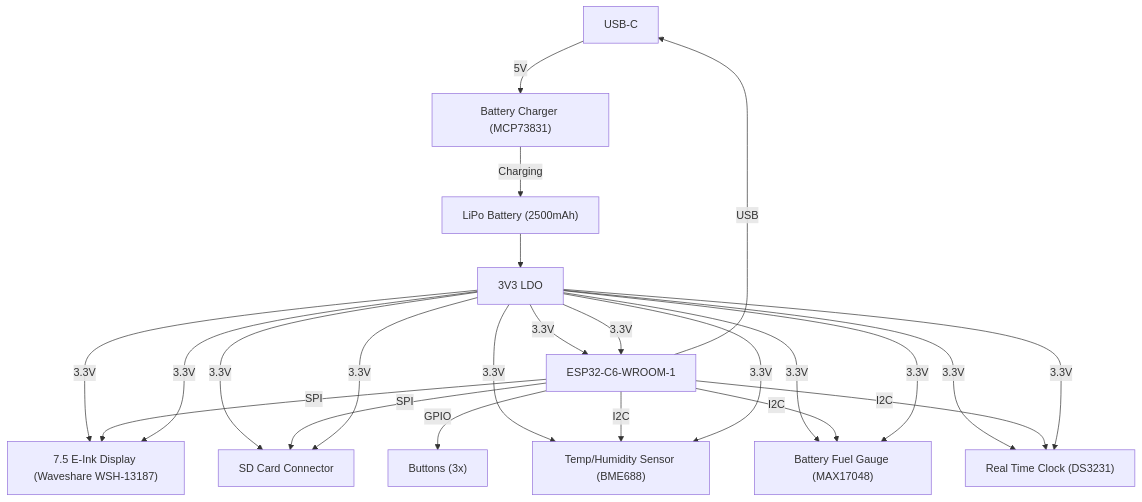
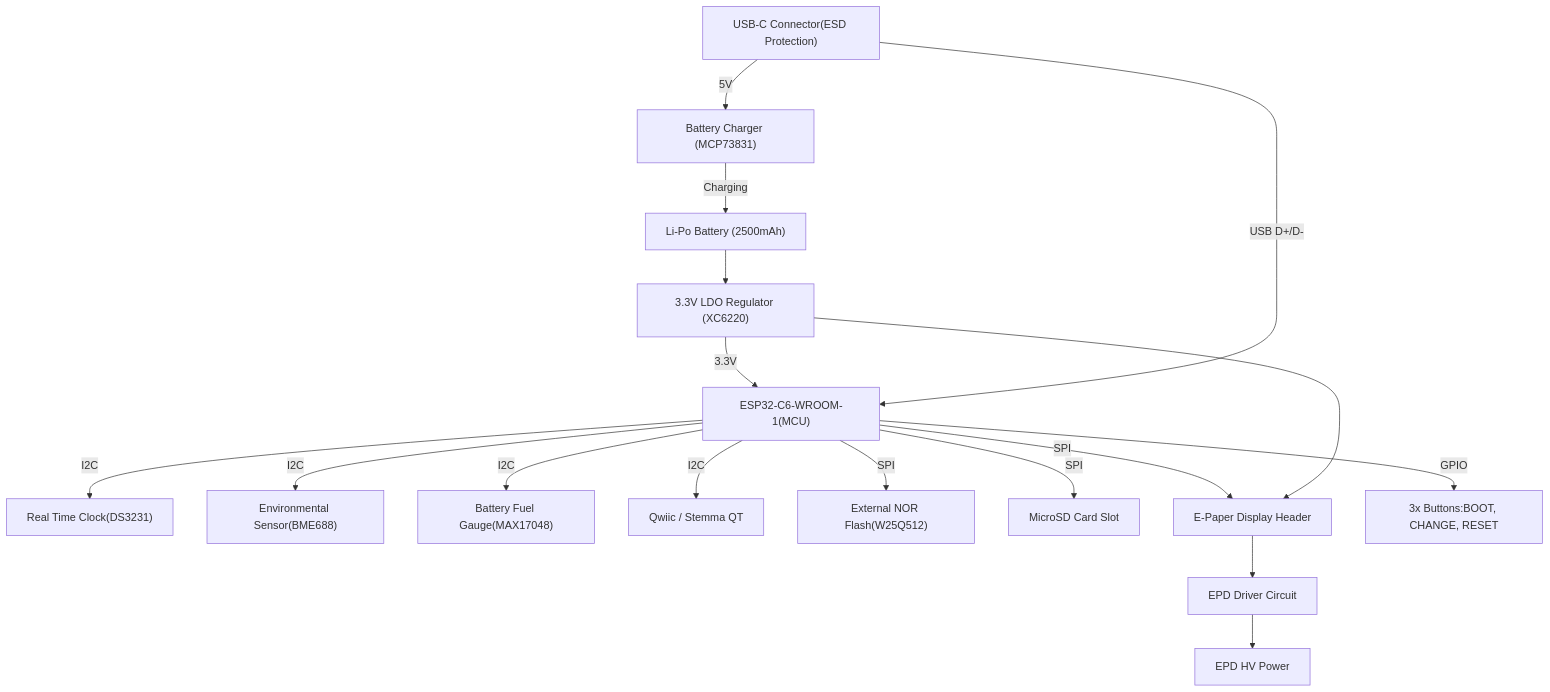
The diagram in README.md (rusucarla/OpenBook-TSC-2025), drawn with Mermaid before and after one commit. The commit also changed other lines of this file, not shown here.

Commit message:
Update README.md with suggestions from issue

````diff
--- a/README.md
+++ b/README.md
@@ -5,30 +5,26 @@
 ```mermaid
-flowchart TB
-  USB-C -->|5V| Charger["Battery Charger (MCP73831)"]
-  Charger -->|Charging| LiPo["LiPo Battery (2500mAh)"]
-  LiPo --> LDO["3V3 LDO"]
-  
-  ESP32["ESP32-C6-WROOM-1"]
-  
-  LDO -->|3.3V| ESP32
-  LDO -->|3.3V| Display
-  LDO -->|3.3V| SDCard
-  LDO -->|3.3V| RTC
-  LDO -->|3.3V| BME688
-  LDO -->|3.3V| BatteryGauge
-  
-  ESP32 -- SPI --> Display["7.5 E-Ink Display (Waveshare WSH-13187)"]
-  ESP32 -- SPI --> SDCard["SD Card Connector"]
-  ESP32 -- GPIO --> Buttons["Buttons (3x)"]
-  ESP32 -- I2C --> BME688["Temp/Humidity Sensor (BME688)"]
-  ESP32 -- I2C --> BatteryGauge["Battery Fuel Gauge (MAX17048)"]
-  ESP32 -- I2C --> RTC["Real Time Clock (DS3231)"]
-  ESP32 -- USB --> USB-C
-  
-  LDO -->|3.3V| ESP32
-  LDO -->|3.3V| Display
-  LDO -->|3.3V| SDCard
-  LDO -->|3.3V| RTC
-  LDO -->|3.3V| BME688
-  LDO -->|3.3V| BatteryGauge
+graph TD
+    
+    USB["USB-C Connector(ESD Protection)"] -->|5V| CHG["Battery Charger (MCP73831)"]
+    CHG -->|Charging| BATT["Li-Po Battery (2500mAh)"]
+    BATT --> LDO["3.3V LDO Regulator (XC6220)"]
+
+    LDO -->|3.3V| ESP["ESP32-C6-WROOM-1(MCU)"]
+
+    ESP -- I2C --> RTC["Real Time Clock(DS3231)"]
+    ESP -- I2C --> BME["Environmental Sensor(BME688)"]
+    ESP -- I2C --> FUEL["Battery Fuel Gauge(MAX17048)"]
+    ESP -- I2C --> QWIIC["Qwiic / Stemma QT"]
+
+    ESP -- SPI --> FLASH["External NOR Flash(W25Q512)"]
+    ESP -- SPI --> SD["MicroSD Card Slot"]
+    ESP -- SPI --> EPD_HEADER["E-Paper Display Header"]
+
+    EPD_HEADER --> EPD_DRIVER["EPD Driver Circuit"]
+    EPD_DRIVER --> EPD_POW["EPD HV Power"]
+    LDO --> EPD_HEADER
+
+    ESP -- GPIO --> BUTTONS["3x Buttons:BOOT, CHANGE, RESET"]
+
+    USB -- USB D+/D- --> ESP
 ```
````
